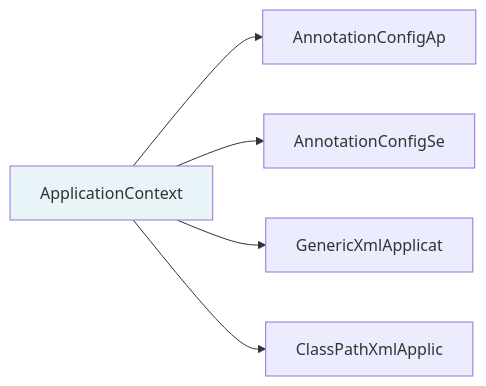
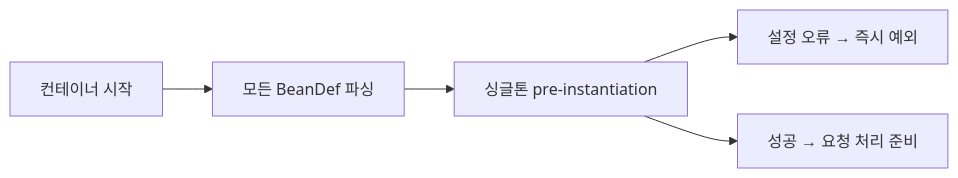
The second of 6 diagrams in _posts/spring/2026-05-01-spring-ioc-di.md (yjkim2015/yjkim2015.github.io), drawn with Mermaid before and after one commit. The commit also changed other lines of this file and 4 other files, not shown here.

````diff
--- a/_posts/spring/2026-05-01-spring-ioc-di.md
+++ b/_posts/spring/2026-05-01-spring-ioc-di.md
@@ -118,8 +192,7 @@
 ```mermaid
 graph LR
-    AC[ApplicationContext] --> ACAC["AnnotationConfigAp"]
-    AC --> ACSWSAC["AnnotationConfigSe"]
-    AC --> GXAC["GenericXmlApplicat"]
-    AC --> CPXAC["ClassPathXmlApplic"]
-    style AC fill:#e8f4f8
+    A["컨테이너 시작"] --> B["모든 BeanDef 파싱"]
+    B --> C["싱글톤 pre-instantiation"]
+    C --> D["설정 오류 → 즉시 예외"]
+    C --> E["성공 → 요청 처리 준비"]
 ```
````
